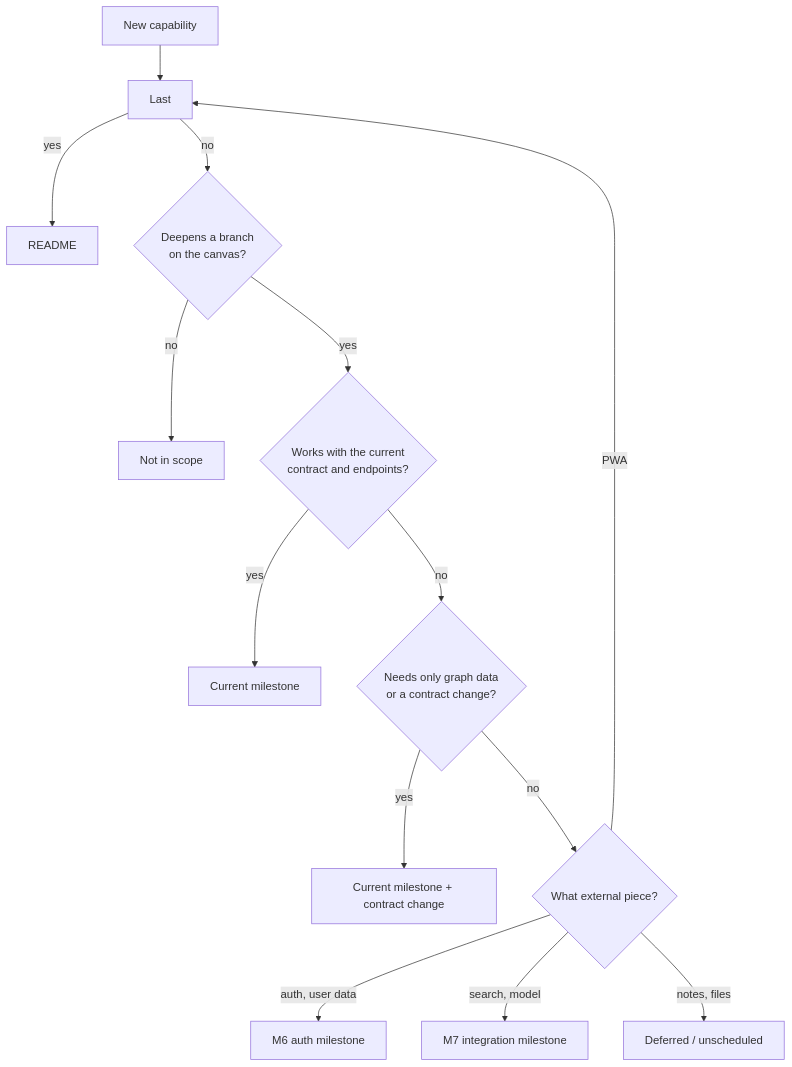
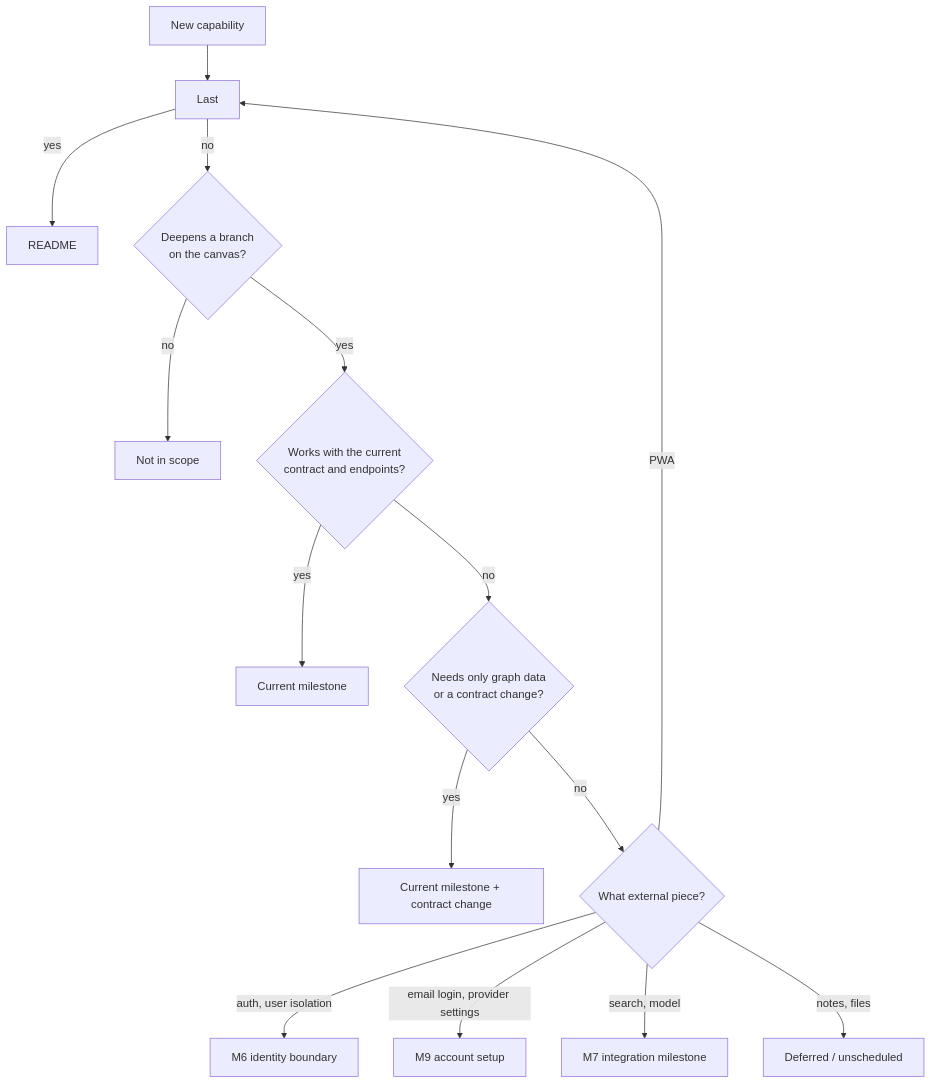
Before and after one commit to zacharyLYH/DeepBurrow: the first of 2 diagrams in docs/PLAN.md, drawn with Mermaid. The commit also changed other lines of this file and 53 other files, not shown here.

````diff
--- a/docs/PLAN.md
+++ b/docs/PLAN.md
@@ -26,16 +28,17 @@
 ```mermaid
 flowchart TD
   F[New capability] --> P{Permanent product rule?}
   P -- yes --> R[README]
   P -- no --> S{Deepens a branch<br/>on the canvas?}
   S -- no --> X[Not in scope]
   S -- yes --> C{Works with the current<br/>contract and endpoints?}
   C -- yes --> M[Current milestone]
   C -- no --> D{Needs only graph data<br/>or a contract change?}
   D -- yes --> M2[Current milestone + contract change]
   D -- no --> E{What external piece?}
-  E -- auth, user data --> I6[M6 auth milestone]
+  E -- auth, user isolation --> I6[M6 identity boundary]
+  E -- email login, provider settings --> I9[M9 account setup]
   E -- search, model --> I7[M7 integration milestone]
   E -- notes, files --> A[Deferred / unscheduled]
   E -- PWA --> P[Last]
 ```
````
